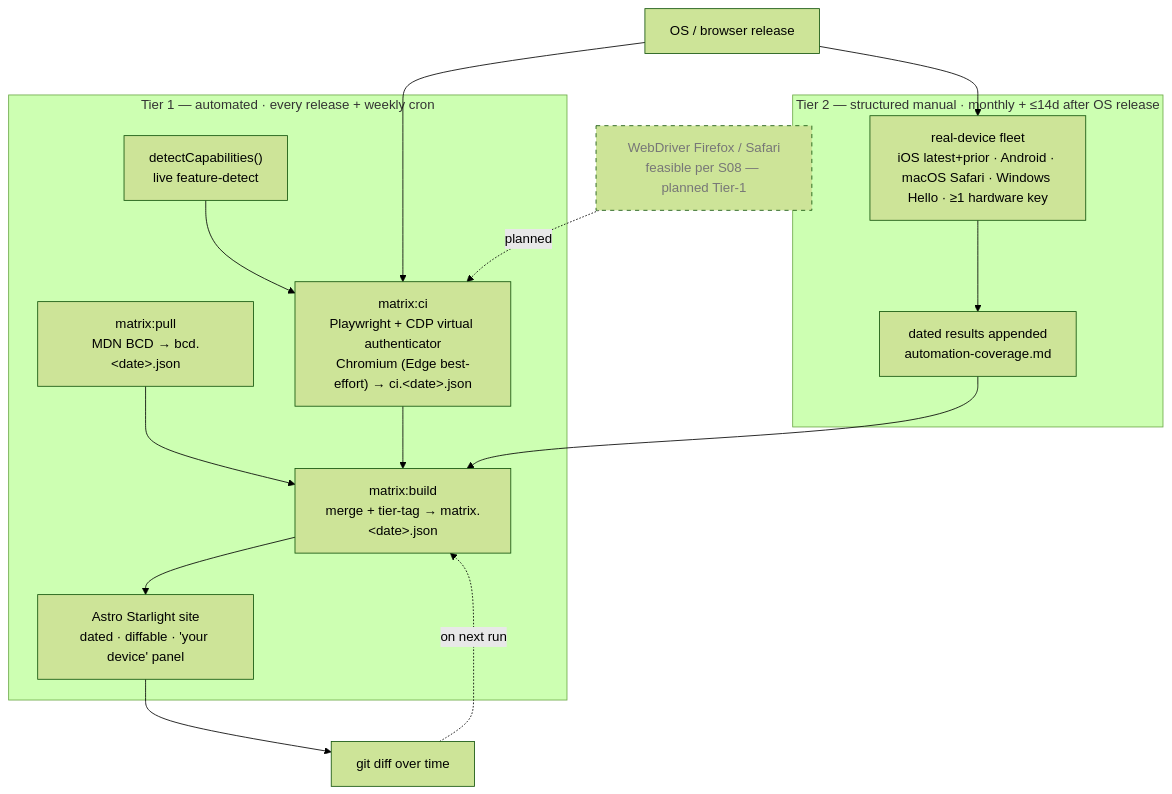
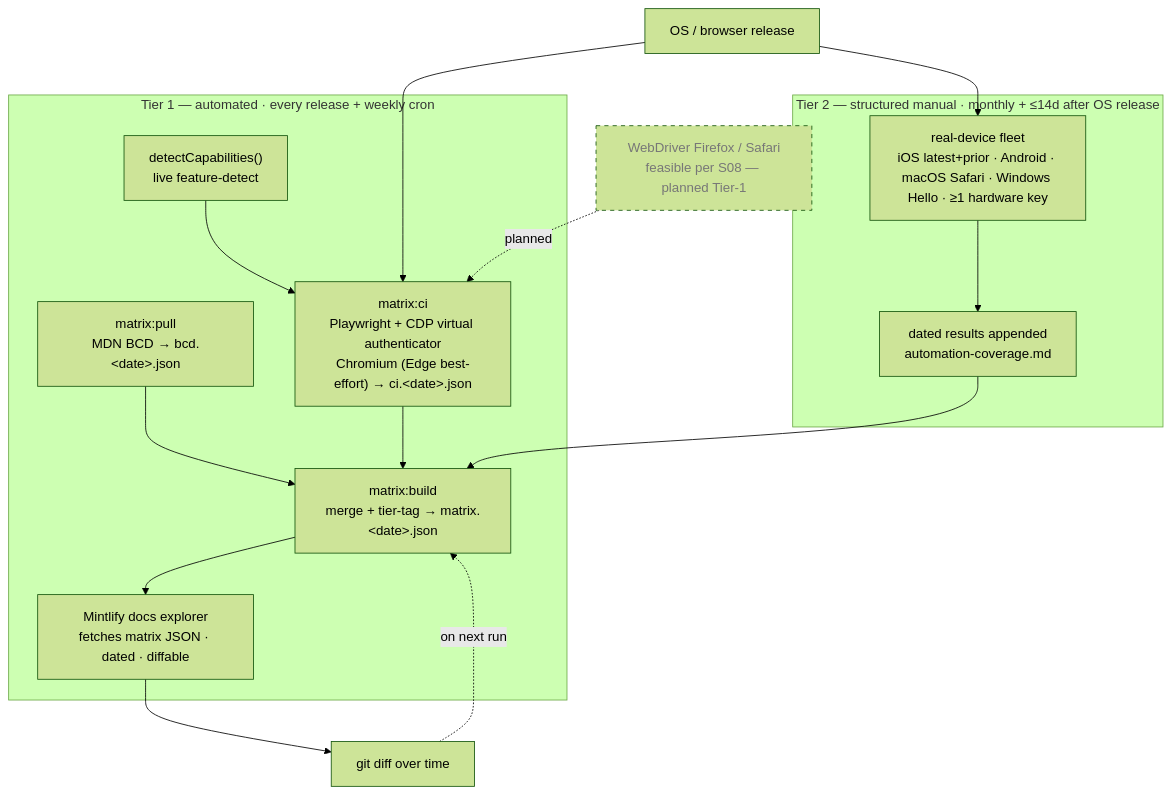
One commit to justmert/soropass changed the diagram in docs/matrix/architecture.md. Above: the diagram before and after it, drawn with Mermaid (forest theme). The commit also changed other lines of this file and 9 other files, not shown here.

Commit message:
switch docs site to mintlify

````diff
--- a/docs/matrix/architecture.md
+++ b/docs/matrix/architecture.md
@@ -8,34 +8,34 @@
 ```mermaid
 flowchart TB
   OS["OS / browser release"]
 
   subgraph T1["Tier 1 — automated · every release + weekly cron"]
     BCD["matrix:pull<br/>MDN BCD → bcd.&lt;date&gt;.json"]
     LIVE["detectCapabilities()<br/>live feature-detect"]
     CI["matrix:ci<br/>Playwright + CDP virtual authenticator<br/>Chromium (Edge best-effort) → ci.&lt;date&gt;.json"]
     BUILD["matrix:build<br/>merge + tier-tag → matrix.&lt;date&gt;.json"]
-    SITE["Astro Starlight site<br/>dated · diffable · 'your device' panel"]
+    SITE["Mintlify docs explorer<br/>fetches matrix JSON · dated · diffable"]
     BCD --> BUILD
     LIVE --> CI
     CI --> BUILD
     BUILD --> SITE
   end
 
   subgraph T2["Tier 2 — structured manual · monthly + &le;14d after OS release"]
     FLEET["real-device fleet<br/>iOS latest+prior · Android · macOS Safari · Windows Hello · &ge;1 hardware key"]
     LOG["dated results appended<br/>automation-coverage.md"]
     FLEET --> LOG
   end
 
   WD["WebDriver Firefox / Safari<br/>feasible per S08 — planned Tier-1"]
 
   OS --> CI
   OS --> FLEET
   LOG --> BUILD
   WD -. planned .-> CI
   SITE --> DIFF["git diff over time"]
   DIFF -. on next run .-> BUILD
 
   classDef planned stroke-dasharray:5 5,color:#777;
   class WD planned;
 ```
````
